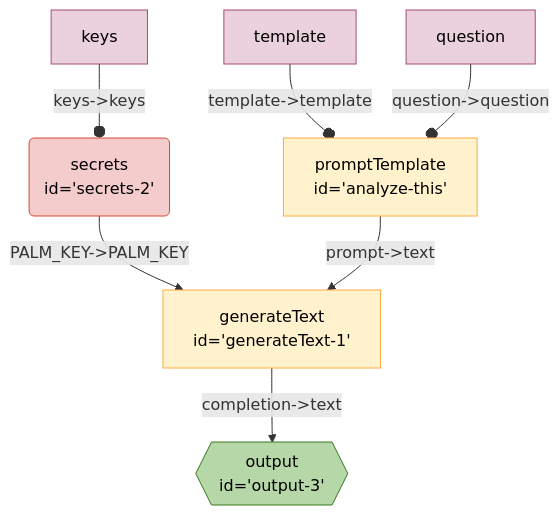
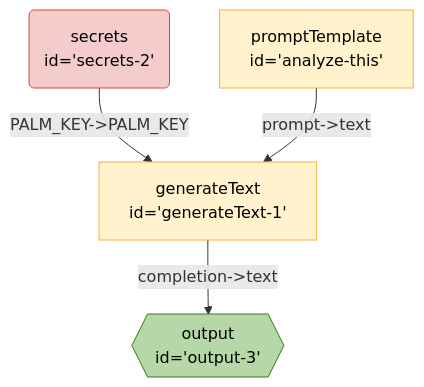
Before and after one commit to breadboard-ai/breadboard: the diagram in seeds/graph-playground/docs/graphs/auto-simple-prompt.md, drawn with Mermaid. The commit also changed 30 other files, not shown here.

````diff
--- a/seeds/graph-playground/docs/graphs/auto-simple-prompt.md
+++ b/seeds/graph-playground/docs/graphs/auto-simple-prompt.md
@@ -5,18 +5,15 @@
   ```mermaid
   %%{init: 'themeVariables': { 'fontFamily': 'Fira Code, monospace' }}%%
 graph TD;
 secrets2("secrets <br> id='secrets-2'"):::secrets -- "PALM_KEY->PALM_KEY" --> generateText1["generateText <br> id='generateText-1'"]
 generateText1["generateText <br> id='generateText-1'"] -- "completion->text" --> output3{{"output <br> id='output-3'"}}:::output
 analyzethis["promptTemplate <br> id='analyze-this'"] -- "prompt->text" --> generateText1["generateText <br> id='generateText-1'"]
-keyssecrets2[keys]:::config -- "keys->keys" --o secrets2
-templateanalyzethis[template]:::config -- "template->template" --o analyzethis
-questionanalyzethis[question]:::config -- "question->question" --o analyzethis
 classDef default stroke:#ffab40,fill:#fff2ccff,color:#000
 classDef input stroke:#3c78d8,fill:#c9daf8ff,color:#000
 classDef output stroke:#38761d,fill:#b6d7a8ff,color:#000
 classDef passthrough stroke:#a64d79,fill:#ead1dcff,color:#000
 classDef slot stroke:#a64d79,fill:#ead1dcff,color:#000
 classDef config stroke:#a64d79,fill:#ead1dcff,color:#000
 classDef secrets stroke:#db4437,fill:#f4cccc,color:#000
 classDef slotted stroke:#a64d79
   ```
````
